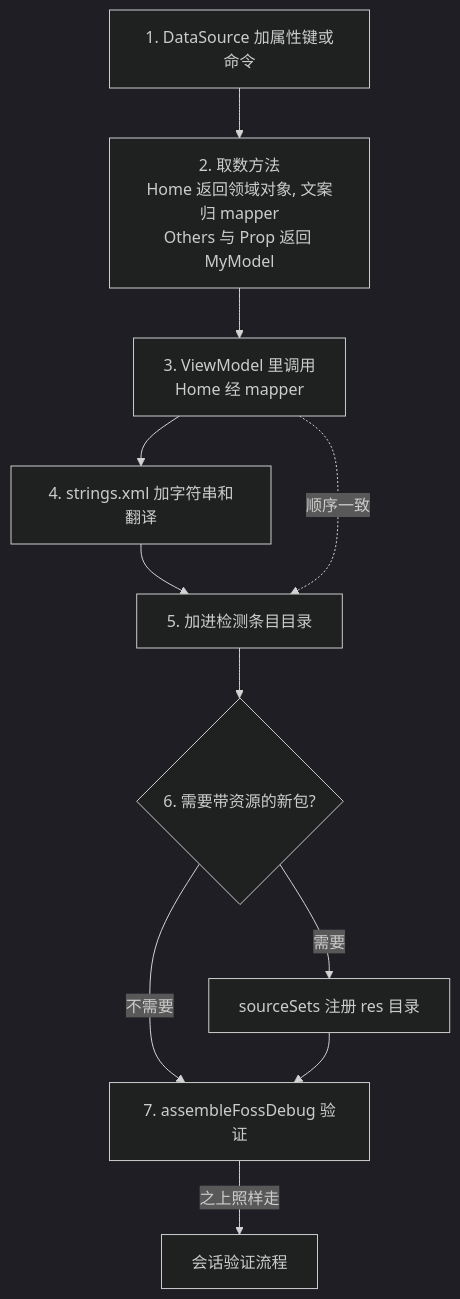
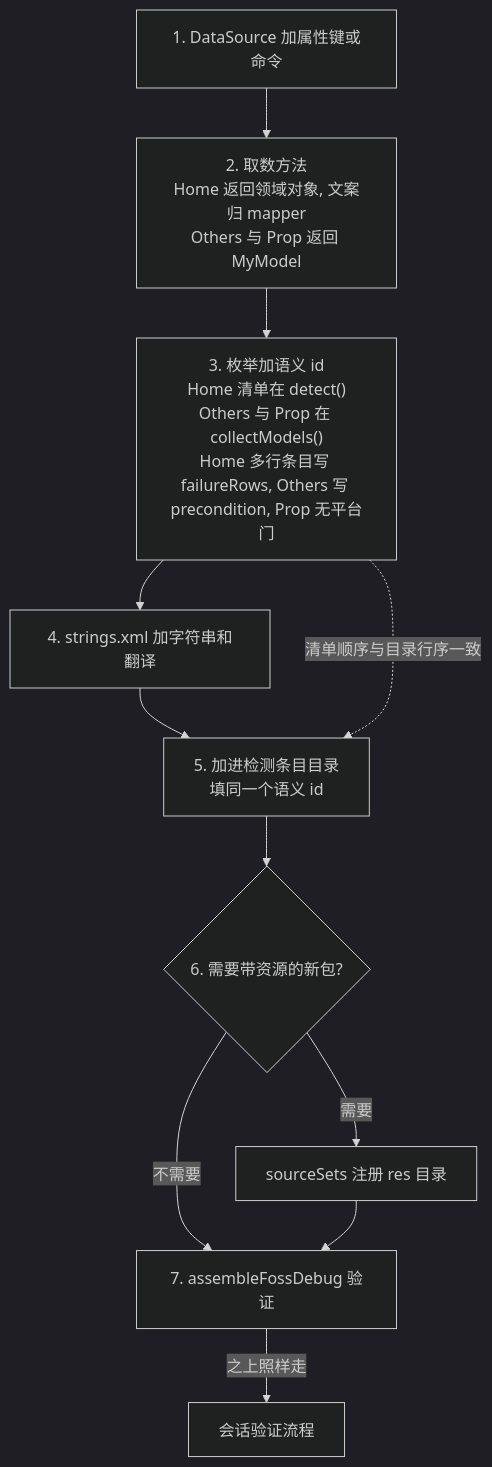
One commit to imknown/AndroidLowLevelDetector changed the diagram in docs/agents-cn/06-检测条目.md. Above: the diagram before and after it, drawn with Mermaid (dark theme). The commit also changed other lines of this file and 1 other file, not shown here.

````diff
--- a/docs/agents-cn/06-检测条目.md
+++ b/docs/agents-cn/06-检测条目.md
@@ -32,13 +45,13 @@
 ```mermaid
 flowchart TD
-    S1[1. DataSource 加属性键或命令] --> S2[2. 取数方法<br>Home 返回领域对象, 文案归 mapper<br>Others 与 Prop 返回 MyModel]
-    S2 --> S3[3. ViewModel 里调用<br>Home 经 mapper]
-    S3 --> S4[4. strings.xml 加字符串和翻译]
-    S4 --> S5[5. 加进检测条目目录]
-    S3 -. 顺序一致 .-> S5
-    S5 --> S6{6. 需要带资源的新包?}
-    S6 -- 需要 --> R[sourceSets 注册 res 目录]
-    S6 -- 不需要 --> S7[7. assembleFossDebug 验证]
+    S1["1. DataSource 加属性键或命令"] --> S2["2. 取数方法<br>Home 返回领域对象, 文案归 mapper<br>Others 与 Prop 返回 MyModel"]
+    S2 --> S3["3. 枚举加语义 id<br>Home 清单在 detect()<br>Others 与 Prop 在 collectModels()<br>Home 多行条目写 failureRows, Others 写 precondition, Prop 无平台门"]
+    S3 --> S4["4. strings.xml 加字符串和翻译"]
+    S4 --> S5["5. 加进检测条目目录<br>填同一个语义 id"]
+    S3 -. "清单顺序与目录行序一致" .-> S5
+    S5 --> S6{"6. 需要带资源的新包?"}
+    S6 -- 需要 --> R["sourceSets 注册 res 目录"]
+    S6 -- 不需要 --> S7["7. assembleFossDebug 验证"]
     R --> S7
-    S7 -- 之上照样走 --> V[会话验证流程]
+    S7 -- "之上照样走" --> V["会话验证流程"]
 ```
````
